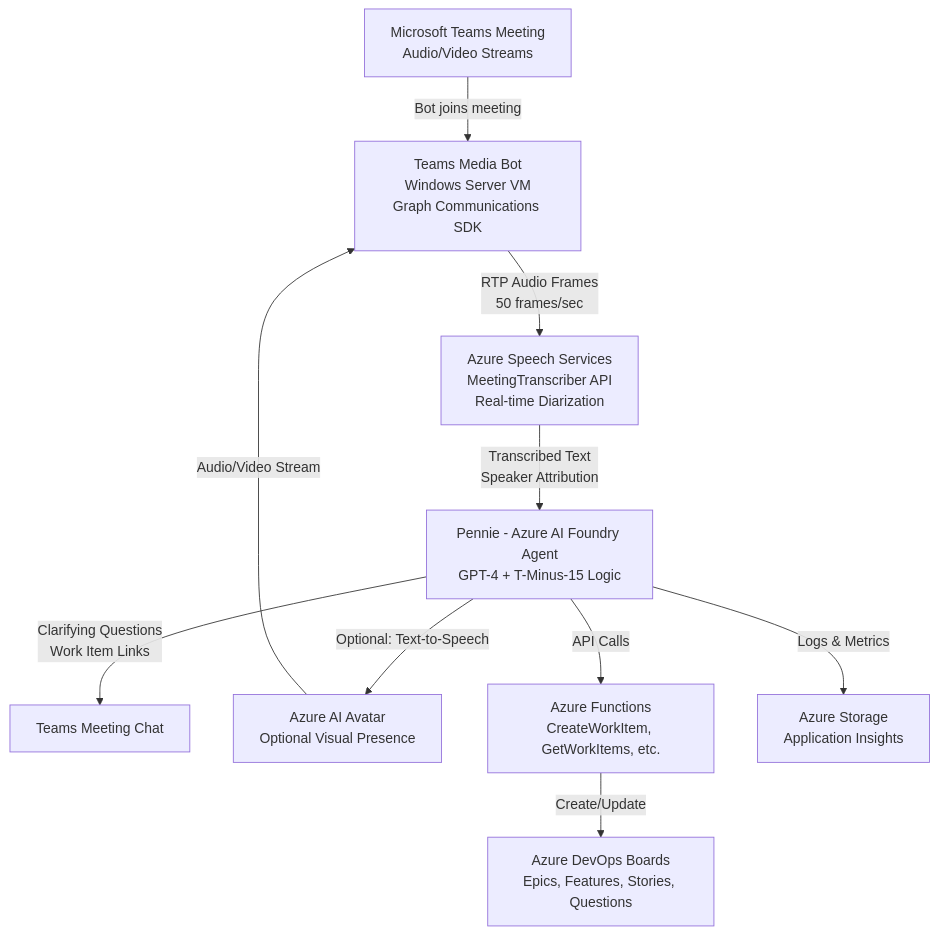
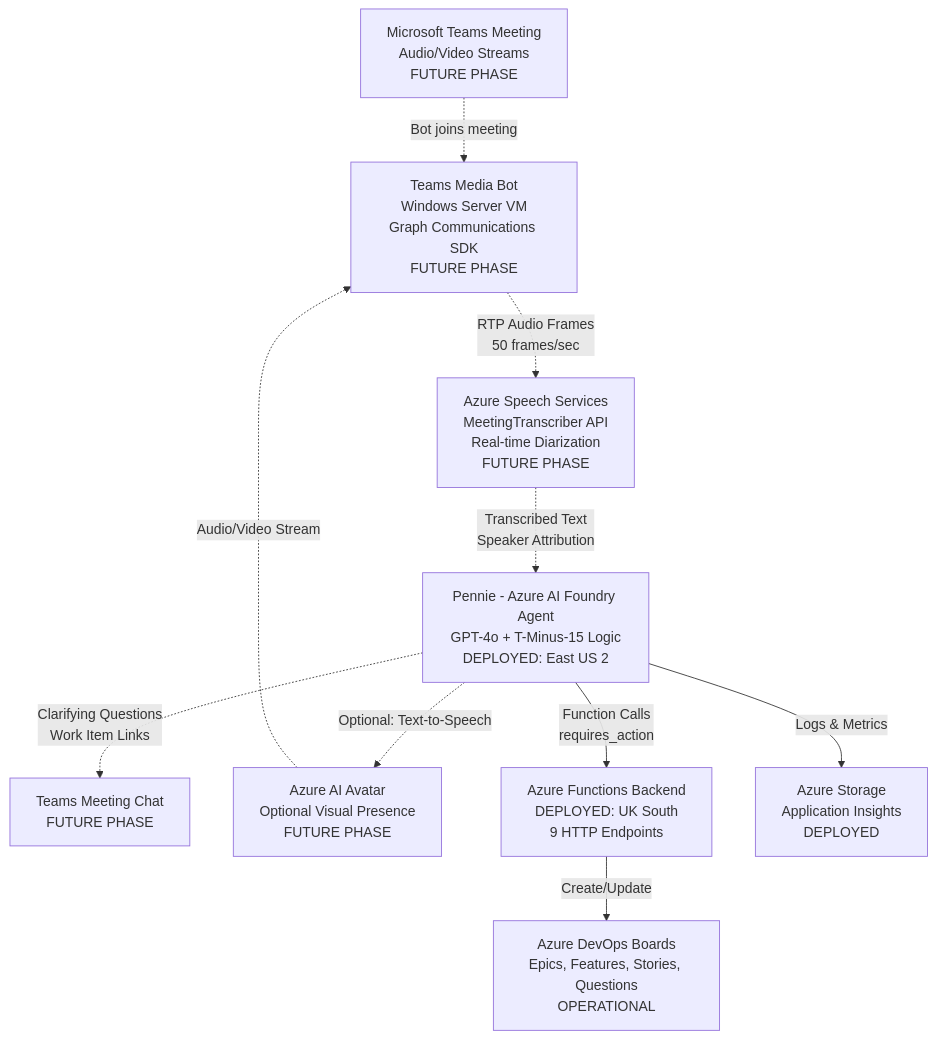
One commit to knowall-ai/GetPenn.ie changed the diagram in docs/SOLUTION_DESIGN.adoc. Above: the diagram before and after it, drawn with Mermaid. The commit also changed other lines of this file and 5 other files, not shown here.

```diff
--- a/docs/SOLUTION_DESIGN.adoc
+++ b/docs/SOLUTION_DESIGN.adoc
@@ -12,13 +17,13 @@
 [mermaid]
 ----
 flowchart TD
-    TeamsMeeting[Microsoft Teams Meeting<br/>Audio/Video Streams] -->|Bot joins meeting| MediaBot[Teams Media Bot<br/>Windows Server VM<br/>Graph Communications SDK]
-    MediaBot -->|RTP Audio Frames<br/>50 frames/sec| SpeechServices[Azure Speech Services<br/>MeetingTranscriber API<br/>Real-time Diarization]
-    SpeechServices -->|Transcribed Text<br/>Speaker Attribution| FoundryAgent[Pennie - Azure AI Foundry Agent<br/>GPT-4 + T-Minus-15 Logic]
-    FoundryAgent -->|Clarifying Questions<br/>Work Item Links| TeamsChat[Teams Meeting Chat]
-    FoundryAgent -->|Optional: Text-to-Speech| Avatar[Azure AI Avatar<br/>Optional Visual Presence]
-    Avatar -->|Audio/Video Stream| MediaBot
-    FoundryAgent -->|API Calls| DevOpsTools[Azure Functions<br/>CreateWorkItem, GetWorkItems, etc.]
-    DevOpsTools -->|Create/Update| AzureDevOps[Azure DevOps Boards<br/>Epics, Features, Stories, Questions]
-    FoundryAgent -->|Logs & Metrics| Storage[Azure Storage<br/>Application Insights]
+    TeamsMeeting[Microsoft Teams Meeting<br/>Audio/Video Streams<br/>FUTURE PHASE] -.->|Bot joins meeting| MediaBot[Teams Media Bot<br/>Windows Server VM<br/>Graph Communications SDK<br/>FUTURE PHASE]
+    MediaBot -.->|RTP Audio Frames<br/>50 frames/sec| SpeechServices[Azure Speech Services<br/>MeetingTranscriber API<br/>Real-time Diarization<br/>FUTURE PHASE]
+    SpeechServices -.->|Transcribed Text<br/>Speaker Attribution| FoundryAgent[Pennie - Azure AI Foundry Agent<br/>GPT-4o + T-Minus-15 Logic<br/>DEPLOYED: East US 2]
+    FoundryAgent -.->|Clarifying Questions<br/>Work Item Links| TeamsChat[Teams Meeting Chat<br/>FUTURE PHASE]
+    FoundryAgent -.->|Optional: Text-to-Speech| Avatar[Azure AI Avatar<br/>Optional Visual Presence<br/>FUTURE PHASE]
+    Avatar -.->|Audio/Video Stream| MediaBot
+    FoundryAgent -->|Function Calls<br/>requires_action| DevOpsTools[Azure Functions Backend<br/>DEPLOYED: UK South<br/>9 HTTP Endpoints]
+    DevOpsTools -->|Create/Update| AzureDevOps[Azure DevOps Boards<br/>Epics, Features, Stories, Questions<br/>OPERATIONAL]
+    FoundryAgent -->|Logs & Metrics| Storage[Azure Storage<br/>Application Insights<br/>DEPLOYED]
 ----
```
